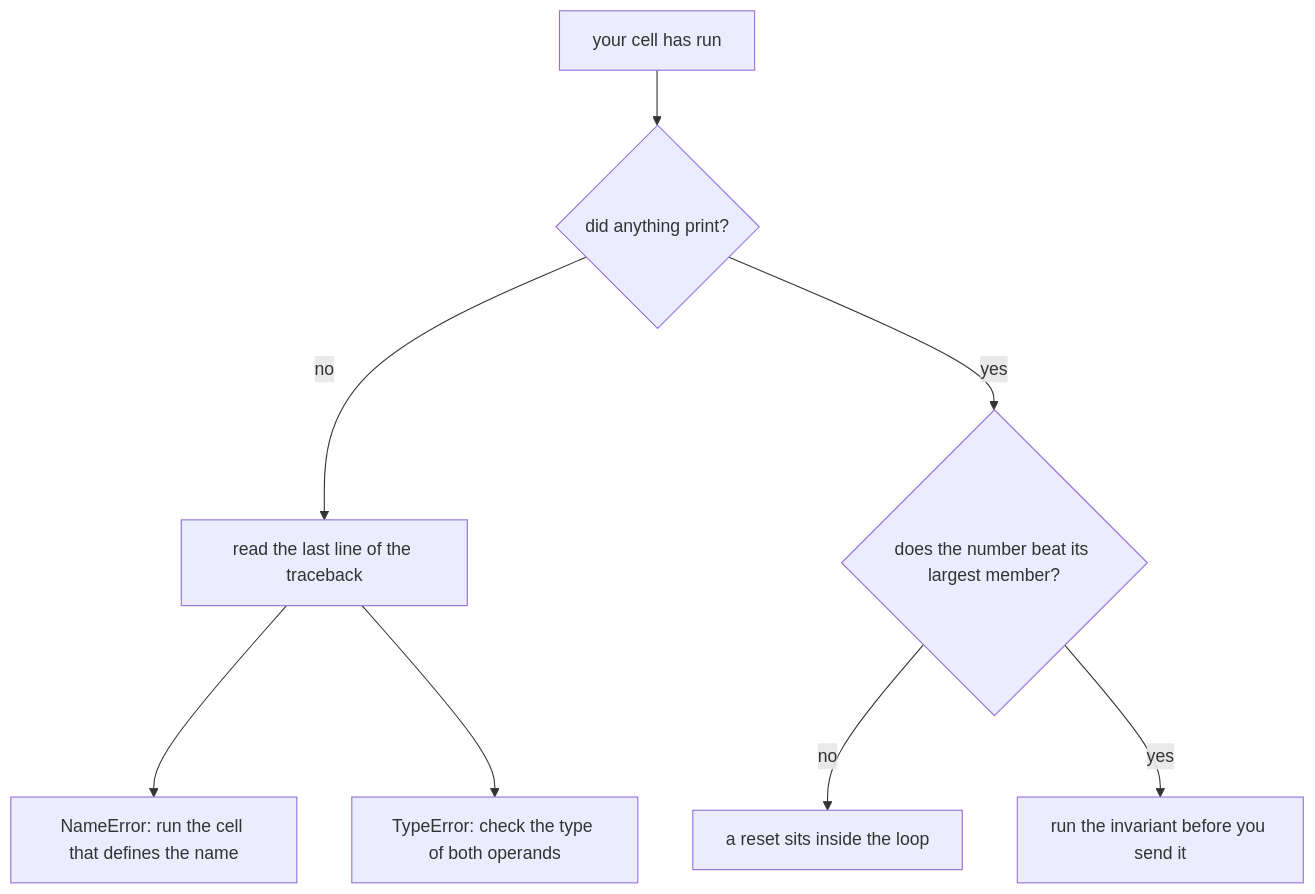
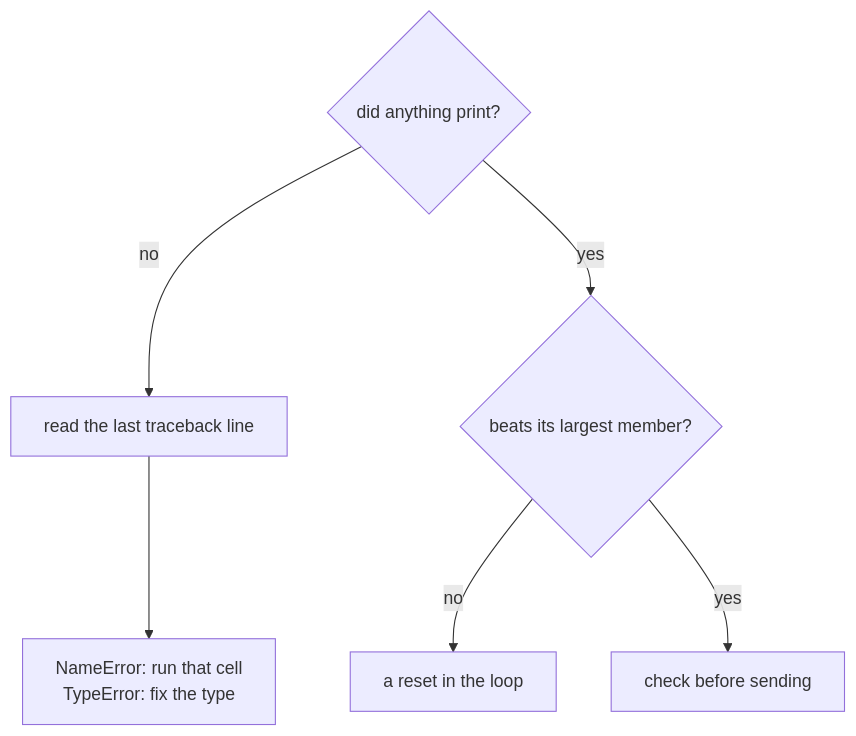
Before and after one commit to fde-academy-lab/c2-content-factory: the fifth of 6 diagrams in content/W01/D1/cheatsheets/C2_W01_D01_kernel_records_visual_STUDENT.md, drawn with Mermaid. The commit also changed other lines of this file and 40 other files, not shown here.

First line of the commit message:
Print the Week 1 cheat sheets and rebuild the eight decks, both measured before they ship (#12)

````diff
--- a/content/W01/D1/cheatsheets/C2_W01_D01_kernel_records_visual_STUDENT.md
+++ b/content/W01/D1/cheatsheets/C2_W01_D01_kernel_records_visual_STUDENT.md
@@ -74,10 +72,8 @@
 ```mermaid
 flowchart TB
-    A["your cell has run"] --> B{"did anything print?"}
-    B -->|"no"| C["read the last line of the traceback"]
-    C --> D["NameError: run the cell that defines the name"]
-    C --> E["TypeError: check the type of both operands"]
-    B -->|"yes"| F{"does the number beat its largest member?"}
-    F -->|"no"| G["a reset sits inside the loop"]
-    F -->|"yes"| H["run the invariant before you send it"]
+    B{"did anything print?"} -->|"no"| C["read the last traceback line"]
+    C --> D["NameError: run that cell<br/>TypeError: fix the type"]
+    B -->|"yes"| F{"beats its largest member?"}
+    F -->|"no"| G["a reset in the loop"]
+    F -->|"yes"| H["check before sending"]
 ```
````
